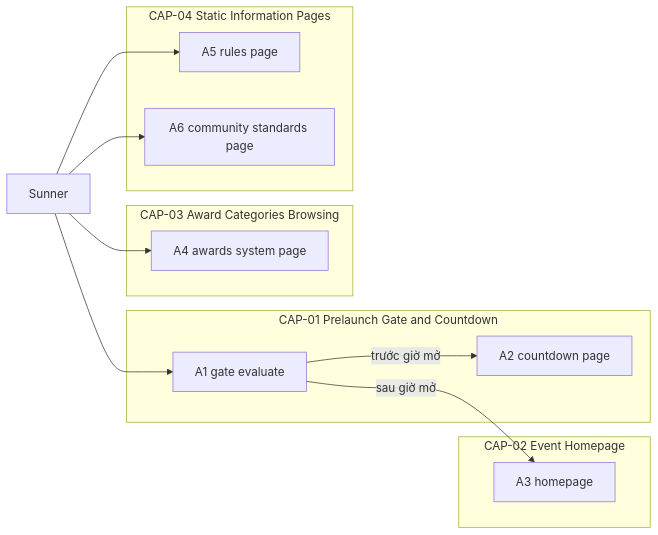
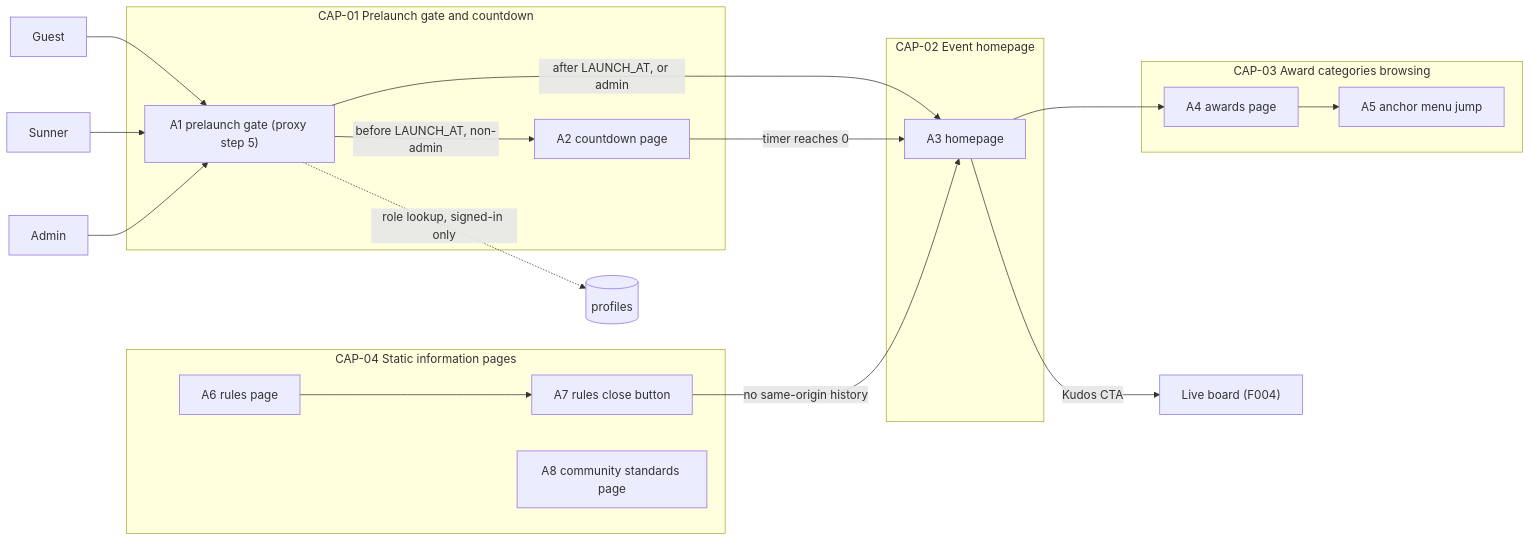
The first of 2 diagrams in docs/features/F006_AwardsPortal/technical-spec.md (hailv-3571/agentic-coding-hands-on), drawn with Mermaid before and after one commit. The commit also changed other lines of this file and 152 other files, not shown here.

````diff
--- a/docs/features/F006_AwardsPortal/technical-spec.md
+++ b/docs/features/F006_AwardsPortal/technical-spec.md
@@ -23,23 +21,31 @@
 ```mermaid
 flowchart LR
-    subgraph CAP01[CAP-01 Prelaunch Gate and Countdown]
-        A1[A1 gate evaluate]
-        A2[A2 countdown page]
+    subgraph CAP01["CAP-01 Prelaunch gate and countdown"]
+        A1["A1 prelaunch gate (proxy step 5)"]
+        A2["A2 countdown page"]
     end
-    subgraph CAP02[CAP-02 Event Homepage]
-        A3[A3 homepage]
+    subgraph CAP02["CAP-02 Event homepage"]
+        A3["A3 homepage"]
     end
-    subgraph CAP03[CAP-03 Award Categories Browsing]
-        A4[A4 awards system page]
+    subgraph CAP03["CAP-03 Award categories browsing"]
+        A4["A4 awards page"]
+        A5["A5 anchor menu jump"]
     end
-    subgraph CAP04[CAP-04 Static Information Pages]
-        A5[A5 rules page]
-        A6[A6 community standards page]
+    subgraph CAP04["CAP-04 Static information pages"]
+        A6["A6 rules page"]
+        A7["A7 rules close button"]
+        A8["A8 community standards page"]
     end
-    Sunner --> A1
-    A1 -- trước giờ mở --> A2
-    A1 -- sau giờ mở --> A3
-    Sunner --> A4
-    Sunner --> A5
-    Sunner --> A6
+    Guest["Guest"] --> A1
+    Sunner["Sunner"] --> A1
+    Admin["Admin"] --> A1
+    A1 -->|"before LAUNCH_AT, non-admin"| A2
+    A1 -->|"after LAUNCH_AT, or admin"| A3
+    A1 -.->|"role lookup, signed-in only"| P[("profiles")]
+    A2 -->|"timer reaches 0"| A3
+    A3 --> A4
+    A4 --> A5
+    A3 -->|"Kudos CTA"| K["Live board (F004)"]
+    A6 --> A7
+    A7 -->|"no same-origin history"| A3
 ```
````
